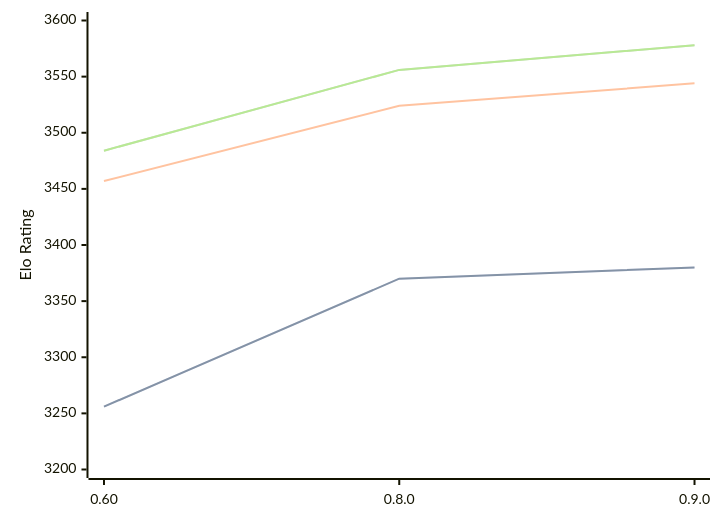
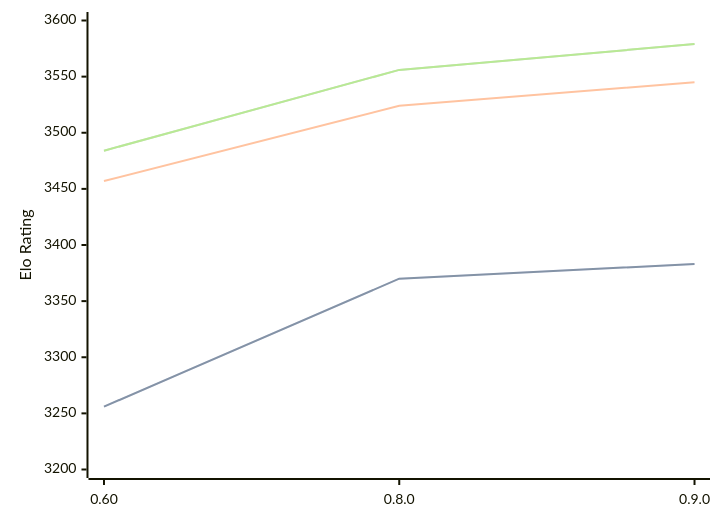
The diagram in engines/Motor.md (computer-chess-index/cci), drawn with Mermaid before and after one commit. The commit also changed other lines of this file, not shown here.

Commit message:
Update CCI Ratings (ELO VLTC) - 2026-05-08

````diff
--- a/engines/Motor.md
+++ b/engines/Motor.md
@@ -39,11 +39,11 @@
 ```mermaid
 %%{init: {"theme":"base","themeVariables":{"seriesColors:['#a3a3a3','#222221','#faa371']}}}%%
 xychart-beta
   x-axis ["0.60", "0.8.0", "0.9.0"]
   y-axis "Elo Rating" 3200 --> 3600
-  line "STC (8.0+0.08s)" [3256, 3370, 3380]
-  line "STC (8.0+0.08s)" [3256, 3370, 3380]
-  line "LTC (60.0+0.60s)" [3457, 3524, 3544]
-  line "VLTC (2m24s+1.12s)" [3484, 3556, 3578]
-  line "VLTC (2m24s+1.12s)" [3484, 3556, 3578]
+  line "STC (8.0+0.08s)" [3256, 3370, 3383]
+  line "STC (8.0+0.08s)" [3256, 3370, 3383]
+  line "LTC (60.0+0.60s)" [3457, 3524, 3545]
+  line "VLTC (2m24s+1.12s)" [3484, 3556, 3579]
+  line "VLTC (2m24s+1.12s)" [3484, 3556, 3579]
 ```
````
